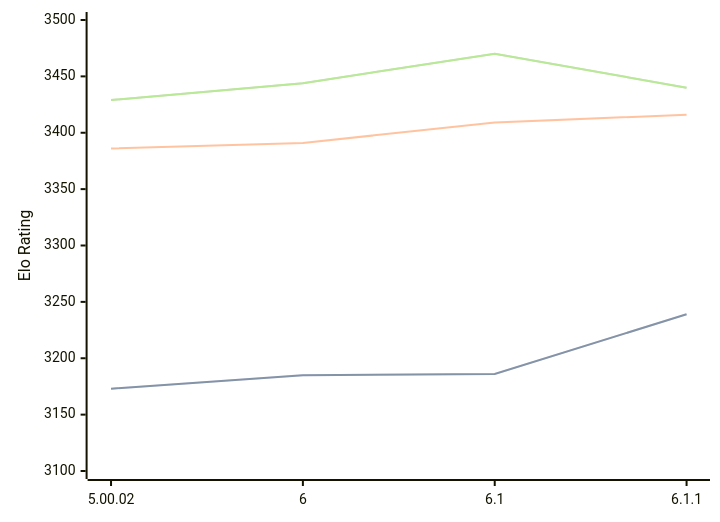
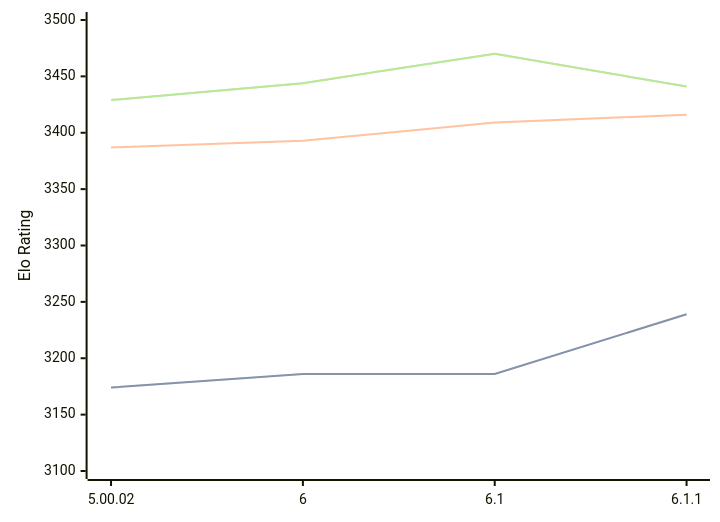
The diagram in engines/Zangdar.md (computer-chess-index/cci), drawn with Mermaid before and after one commit. The commit also changed other lines of this file, not shown here.

Commit message:
Update CCI Ratings (ELO VLTC) - 2026-04-19

````diff
--- a/engines/Zangdar.md
+++ b/engines/Zangdar.md
@@ -46,11 +46,11 @@
 ```mermaid
 %%{init: {"theme":"base","themeVariables":{"seriesColors:['#a3a3a3','#222221','#faa371']}}}%%
 xychart-beta
   x-axis ["5.00.02", "6", "6.1", "6.1.1"]
   y-axis "Elo Rating" 3100 --> 3500
-  line "STC (8.0+0.08s)" [3173, 3185, 3186, 3239]
-  line "STC (8.0+0.08s)" [3173, 3185, 3186, 3239]
-  line "LTC (60.0+0.60s)" [3386, 3391, 3409, 3416]
-  line "VLTC (2m24s+1.12s)" [3429, 3444, 3470, 3440]
-  line "VLTC (2m24s+1.12s)" [3429, 3444, 3470, 3440]
+  line "STC (8.0+0.08s)" [3174, 3186, 3186, 3239]
+  line "STC (8.0+0.08s)" [3174, 3186, 3186, 3239]
+  line "LTC (60.0+0.60s)" [3387, 3393, 3409, 3416]
+  line "VLTC (2m24s+1.12s)" [3429, 3444, 3470, 3441]
+  line "VLTC (2m24s+1.12s)" [3429, 3444, 3470, 3441]
 ```
````
